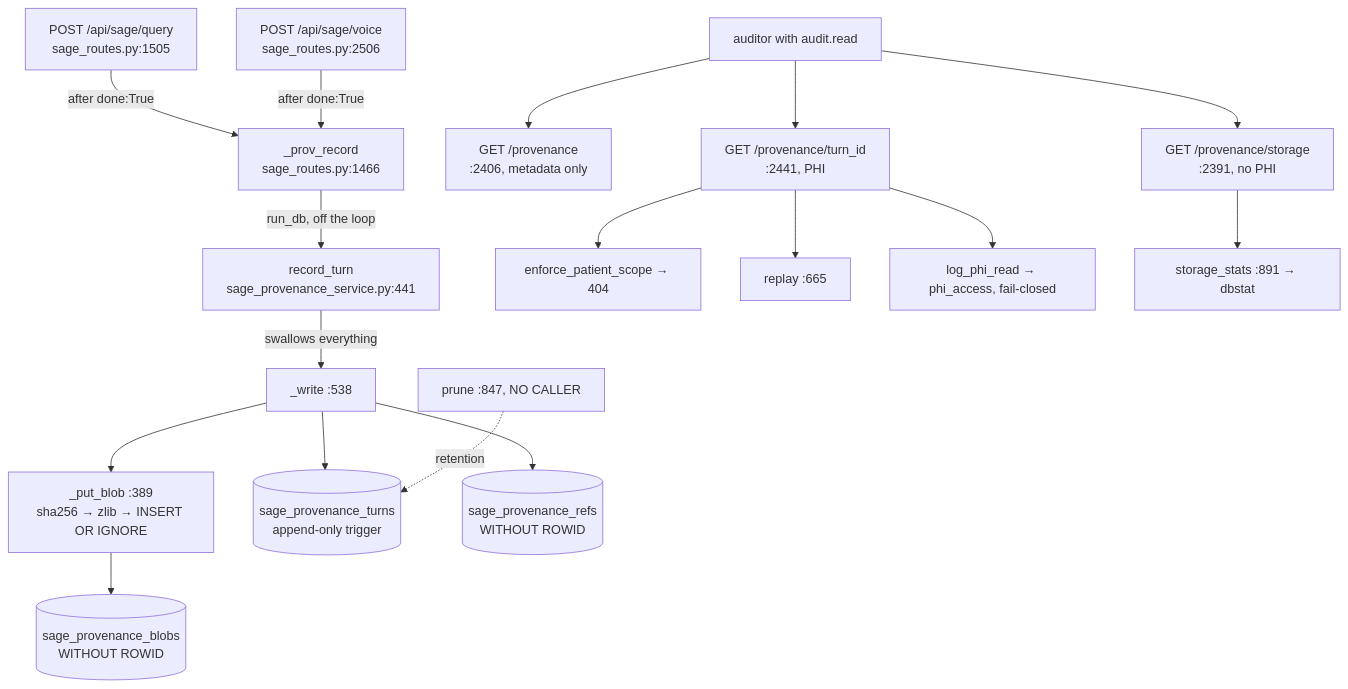
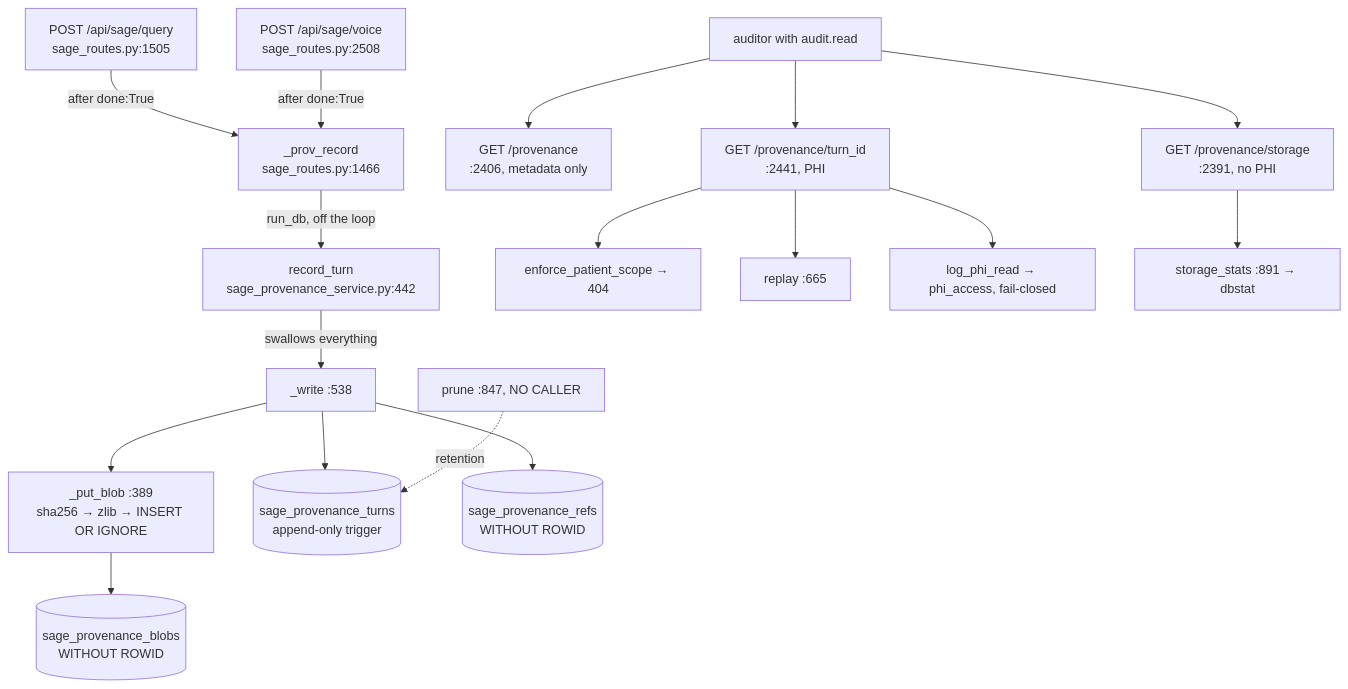
Before and after one commit to samuelmorningstar23/Orb: the first of 2 diagrams in docs/guide/37-sage-provenance.md, drawn with Mermaid. The commit also changed other lines of this file and 151 other files, not shown here.

````diff
--- a/docs/guide/37-sage-provenance.md
+++ b/docs/guide/37-sage-provenance.md
@@ -38,19 +38,19 @@
 ```mermaid
 graph TD
   CHAT[POST /api/sage/query<br/>sage_routes.py:1505] -->|after done:True| PR[_prov_record<br/>sage_routes.py:1466]
-  VOICE[POST /api/sage/voice<br/>sage_routes.py:2506] -->|after done:True| PR
-  PR -->|run_db, off the loop| RT[record_turn<br/>sage_provenance_service.py:441]
+  VOICE[POST /api/sage/voice<br/>sage_routes.py:2508] -->|after done:True| PR
+  PR -->|run_db, off the loop| RT[record_turn<br/>sage_provenance_service.py:442]
   RT -->|swallows everything| W[_write :538]
   W --> PUT[_put_blob :389<br/>sha256 → zlib → INSERT OR IGNORE]
   PUT --> BLOBS[(sage_provenance_blobs<br/>WITHOUT ROWID)]
   W --> TURNS[(sage_provenance_turns<br/>append-only trigger)]
   W --> REFS[(sage_provenance_refs<br/>WITHOUT ROWID)]
   AUD[auditor with audit.read] --> L[GET /provenance<br/>:2406, metadata only]
   AUD --> R[GET /provenance/turn_id<br/>:2441, PHI]
   AUD --> S[GET /provenance/storage<br/>:2391, no PHI]
   R --> SCOPE[enforce_patient_scope → 404]
   R --> RPL[replay :665]
   R --> PHI[log_phi_read → phi_access, fail-closed]
   S --> ST[storage_stats :891 → dbstat]
   GC[prune :847, NO CALLER] -.retention.-> TURNS
 ```
````
